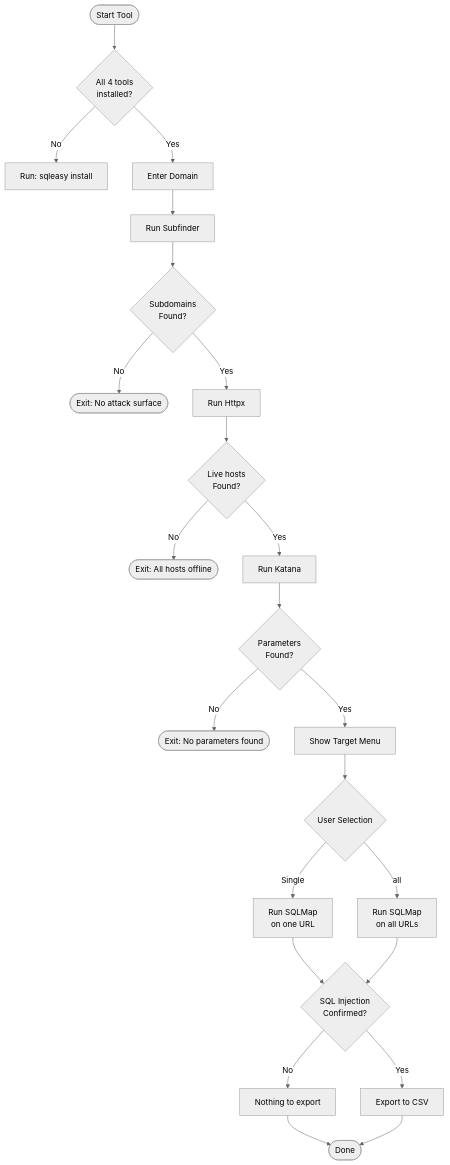
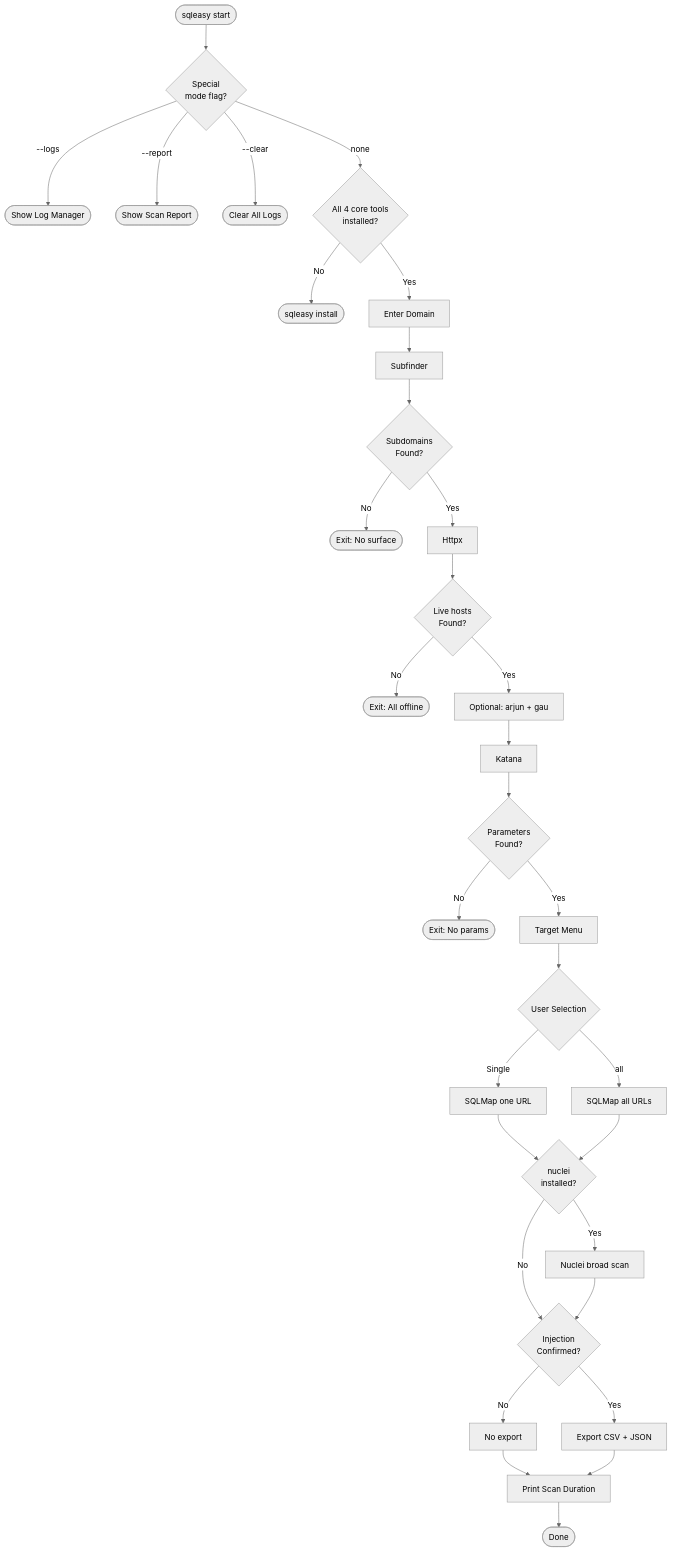
Diagram 13 of 14 in README.md (syed-sameer-ul-hassan/SQL-Easy), drawn with Mermaid (neutral theme) before and after one commit. The commit also changed other lines of this file and 26 other files, not shown here.

````diff
--- a/README.md
+++ b/README.md
@@ -253,23 +510,32 @@
 ```mermaid
 flowchart TD
-    START([Start Tool]) --> DEP{All 4 tools\ninstalled?}
-    DEP -->|No| INST[Run: sqleasy install]
+    START([sqleasy start]) --> MODE{Special\nmode flag?}
+    MODE -->|--logs| LOGS([Show Log Manager])
+    MODE -->|--report| RPT([Show Scan Report])
+    MODE -->|--clear| CLR([Clear All Logs])
+    MODE -->|none| DEP{All 4 core tools\ninstalled?}
+    DEP -->|No| INST([sqleasy install])
     DEP -->|Yes| DOM[Enter Domain]
-    DOM --> SUB[Run Subfinder]
+    DOM --> SUB[Subfinder]
     SUB --> SUBR{Subdomains\nFound?}
-    SUBR -->|No| EXIT1([Exit: No attack surface])
-    SUBR -->|Yes| LIVE[Run Httpx]
+    SUBR -->|No| EXIT1([Exit: No surface])
+    SUBR -->|Yes| LIVE[Httpx]
     LIVE --> LIVER{Live hosts\nFound?}
-    LIVER -->|No| EXIT2([Exit: All hosts offline])
-    LIVER -->|Yes| CRAWL[Run Katana]
+    LIVER -->|No| EXIT2([Exit: All offline])
+    LIVER -->|Yes| OPT[Optional: arjun + gau]
+    OPT --> CRAWL[Katana]
     CRAWL --> PARAM{Parameters\nFound?}
-    PARAM -->|No| EXIT3([Exit: No parameters found])
-    PARAM -->|Yes| MENU[Show Target Menu]
+    PARAM -->|No| EXIT3([Exit: No params])
+    PARAM -->|Yes| MENU[Target Menu]
     MENU --> SEL{User Selection}
-    SEL -->|Single| SINGLE[Run SQLMap\non one URL]
-    SEL -->|all| MASS[Run SQLMap\non all URLs]
-    SINGLE & MASS --> VULN{SQL Injection\nConfirmed?}
-    VULN -->|No| LOG1[Nothing to export]
-    VULN -->|Yes| LOG2[Export to CSV]
-    LOG1 & LOG2 --> DONE([Done])
+    SEL -->|Single| SINGLE[SQLMap one URL]
+    SEL -->|all| MASS[SQLMap all URLs]
+    SINGLE & MASS --> NUC{nuclei\ninstalled?}
+    NUC -->|Yes| NUCS[Nuclei broad scan]
+    NUC -->|No| VULN
+    NUCS --> VULN{Injection\nConfirmed?}
+    VULN -->|No| LOG1[No export]
+    VULN -->|Yes| LOG2[Export CSV + JSON]
+    LOG1 & LOG2 --> TIMER[Print Scan Duration]
+    TIMER --> DONE([Done])
 ```
````
